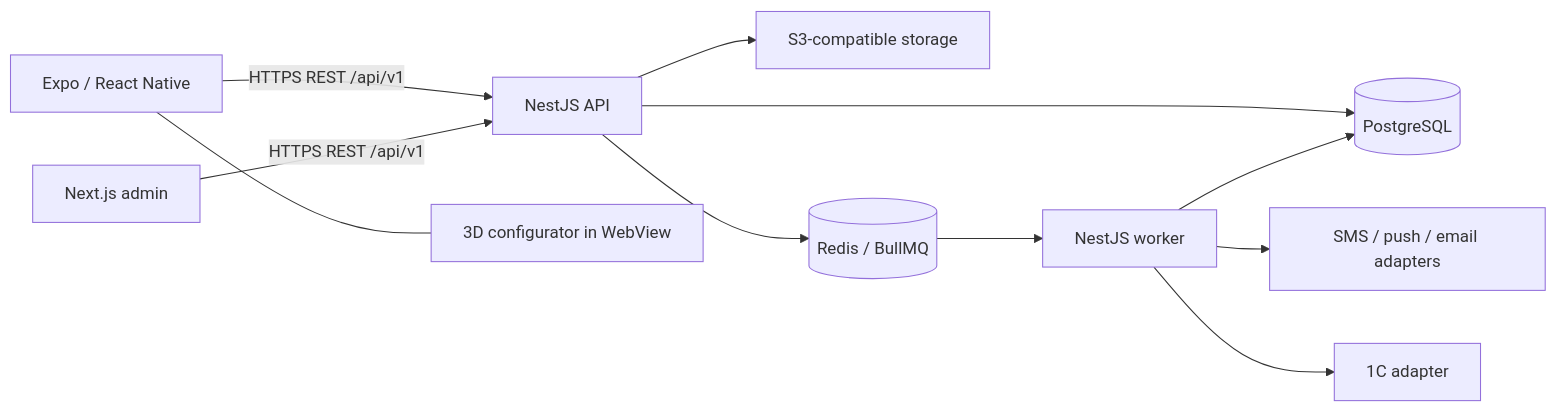
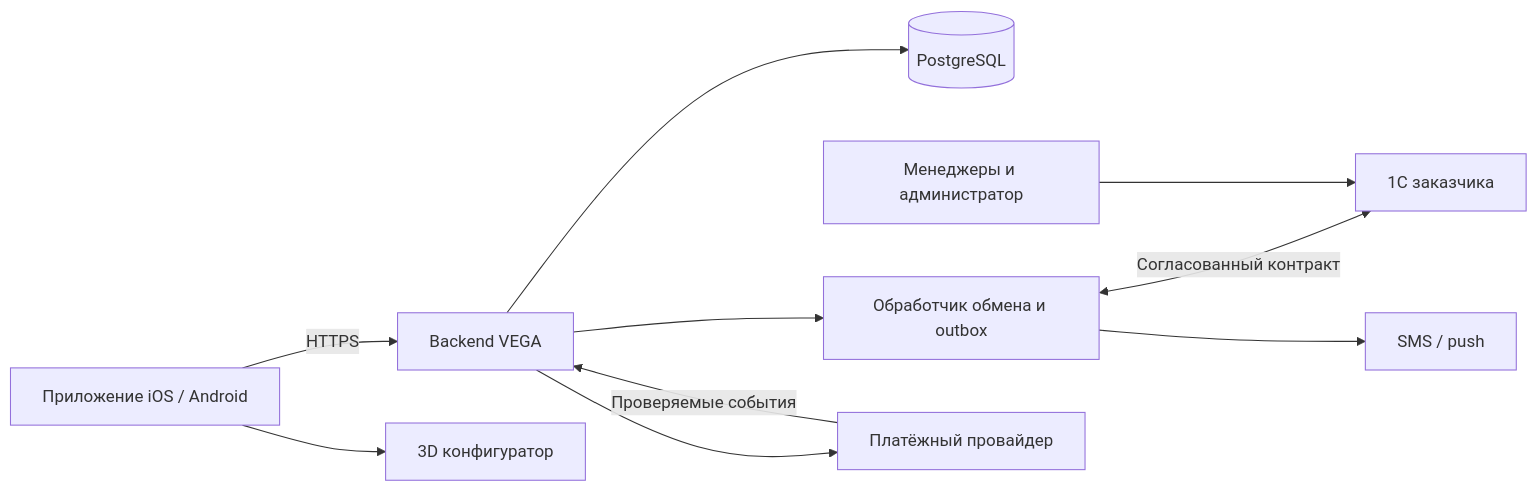
The diagram in docs/ARCHITECTURE.md (ykvlev/vega_mobile), drawn with Mermaid before and after one commit. The commit also changed other lines of this file and 39 other files, not shown here.

````diff
--- a/docs/ARCHITECTURE.md
+++ b/docs/ARCHITECTURE.md
@@ -34,13 +14,12 @@
 ```mermaid
 flowchart LR
-  M[Expo / React Native] -->|HTTPS REST /api/v1| A[NestJS API]
-  W[Next.js admin] -->|HTTPS REST /api/v1| A
-  M --- C[3D configurator in WebView]
+  M[Приложение iOS / Android] -->|HTTPS| A[Backend VEGA]
   A --> P[(PostgreSQL)]
-  A --> S[S3-compatible storage]
-  A --> R[(Redis / BullMQ)]
-  R --> B[NestJS worker]
-  B --> P
-  B --> E[SMS / push / email adapters]
-  B --> I[1C adapter]
+  A --> W[Обработчик обмена и outbox]
+  W <-->|Согласованный контракт| I[1С заказчика]
+  S[Менеджеры и администратор] --> I
+  A --> C[Платёжный провайдер]
+  C -->|Проверяемые события| A
+  W --> N[SMS / push]
+  M --> V[3D конфигуратор]
 ```
````
